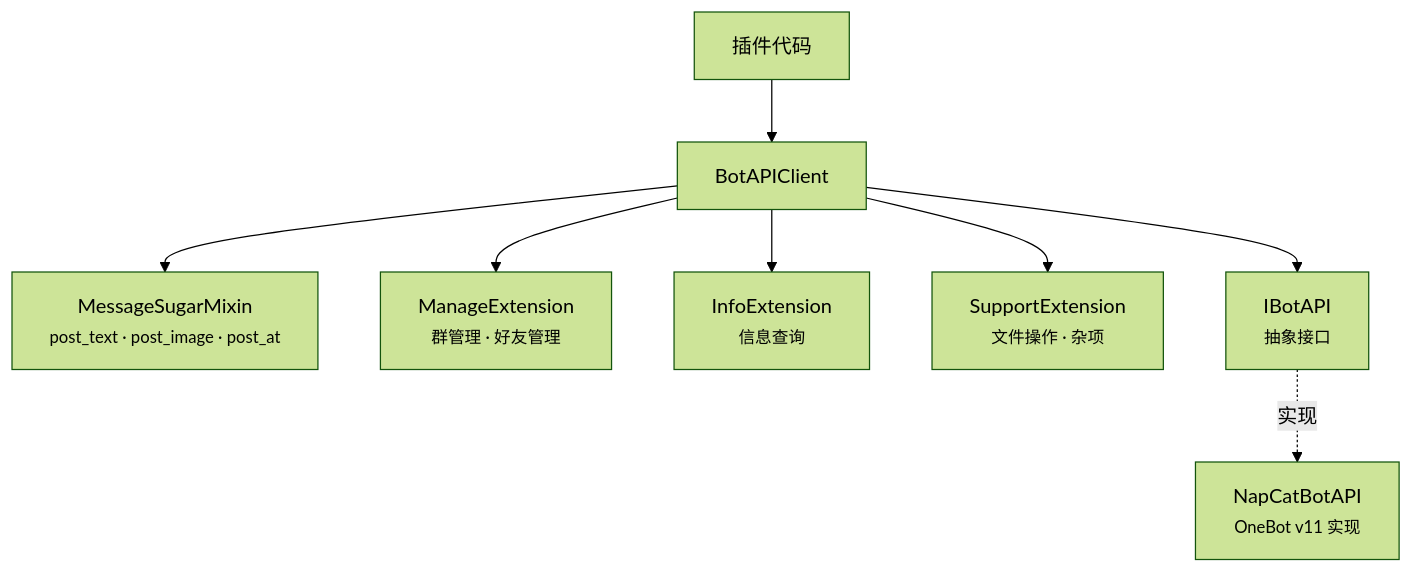
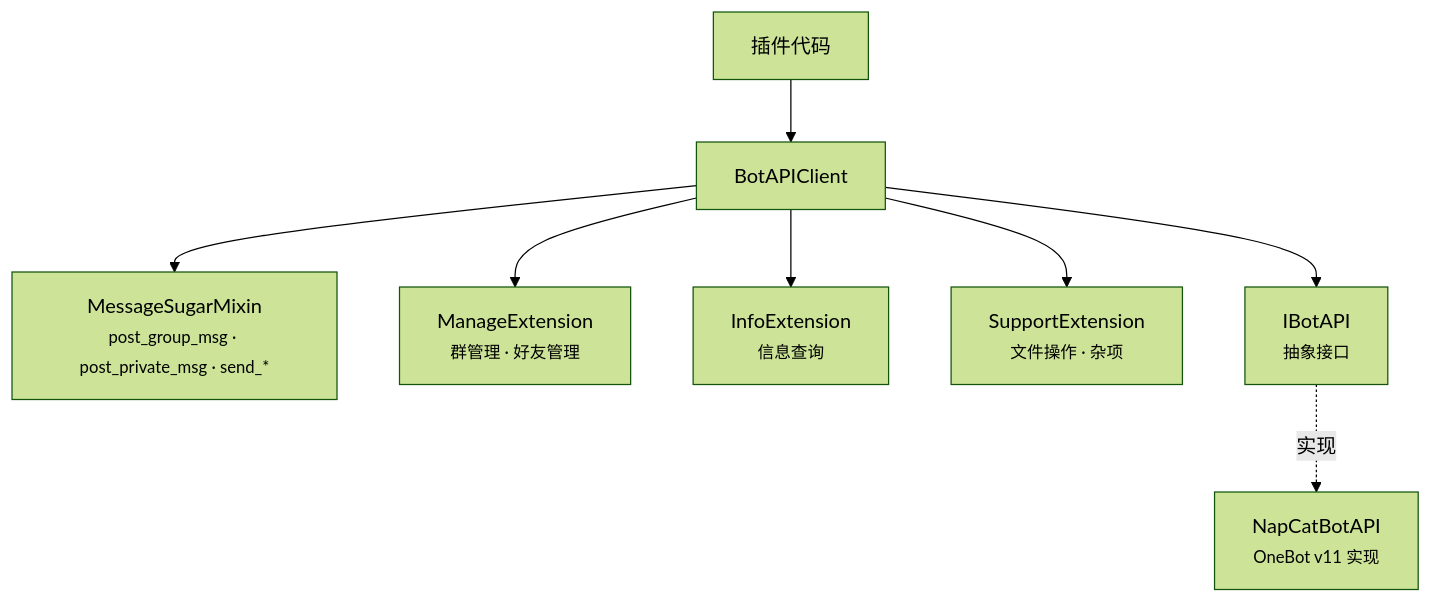
Before and after one commit to Sparrived/ncatbot: the eighth of 14 diagrams in docs/architecture.md, drawn with Mermaid (forest theme). The commit also changed other lines of this file and 1 other file, not shown here.

````diff
--- a/docs/architecture.md
+++ b/docs/architecture.md
@@ -374,19 +409,19 @@
 ```mermaid
 graph TB
     Plugin["插件代码"]
     Client["BotAPIClient"]
-    Sugar["MessageSugarMixin<br/><small>post_text · post_image · post_at</small>"]
+    Sugar["MessageSugarMixin<br/><small>post_group_msg · post_private_msg · send_*</small>"]
     Manage["ManageExtension<br/><small>群管理 · 好友管理</small>"]
     Info["InfoExtension<br/><small>信息查询</small>"]
     Support["SupportExtension<br/><small>文件操作 · 杂项</small>"]
     Interface["IBotAPI<br/><small>抽象接口</small>"]
     Impl["NapCatBotAPI<br/><small>OneBot v11 实现</small>"]
 
     Plugin --> Client
     Client --> Sugar
     Client --> Manage
     Client --> Info
     Client --> Support
     Client --> Interface
     Interface -.->|实现| Impl
 ```
````
